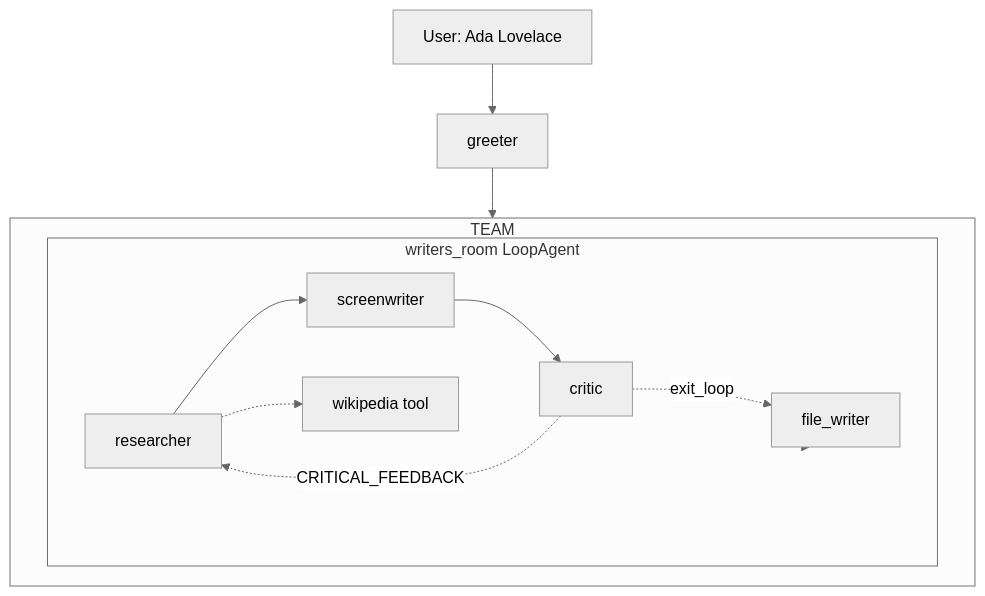
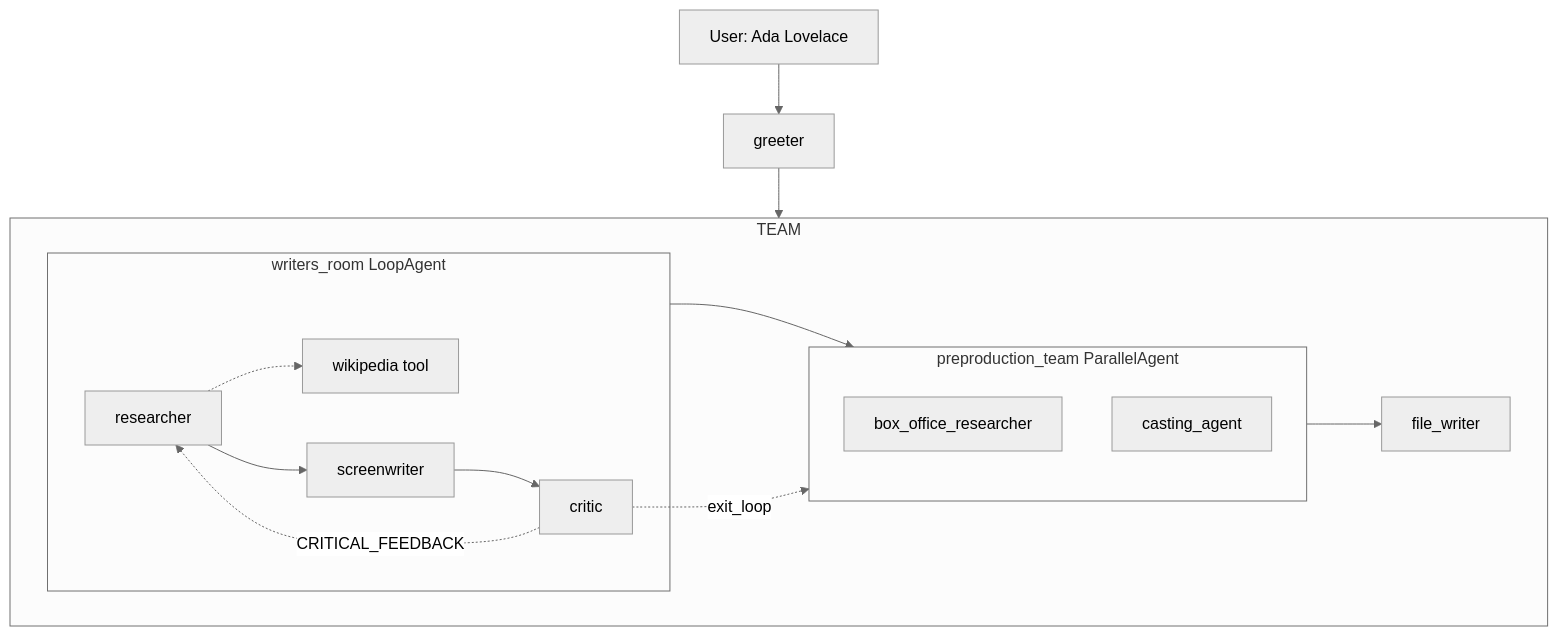
The second of 2 diagrams in README.md (gourabb8273/google-adk-certification-resource-and-hands-on), drawn with Mermaid (neutral theme) before and after one commit. The commit also changed other lines of this file and 4 other files, not shown here.

First line of the commit message:
Complete film concept team with Sequential, Loop, and Parallel agents.

````diff
--- a/README.md
+++ b/README.md
@@ -508,15 +508,20 @@
 ```mermaid
 flowchart TB
     USER[User: Ada Lovelace] --> GREETER[greeter]
     GREETER --> TEAM[film_concept_team SequentialAgent]
     subgraph TEAM
         subgraph LOOP[writers_room LoopAgent]
             R[researcher] --> SW[screenwriter] --> C[critic]
             C -.->|CRITICAL_FEEDBACK| R
-            C -.->|exit_loop| FW
             R -.-> WIKI[wikipedia tool]
+        end
+        subgraph PAR[preproduction_team ParallelAgent]
+            BO[box_office_researcher]
+            CA[casting_agent]
         end
         FW[file_writer]
     end
-    LOOP --> FW
+    LOOP --> PAR
+    PAR --> FW
+    C -.->|exit_loop| PAR
 ```
````
